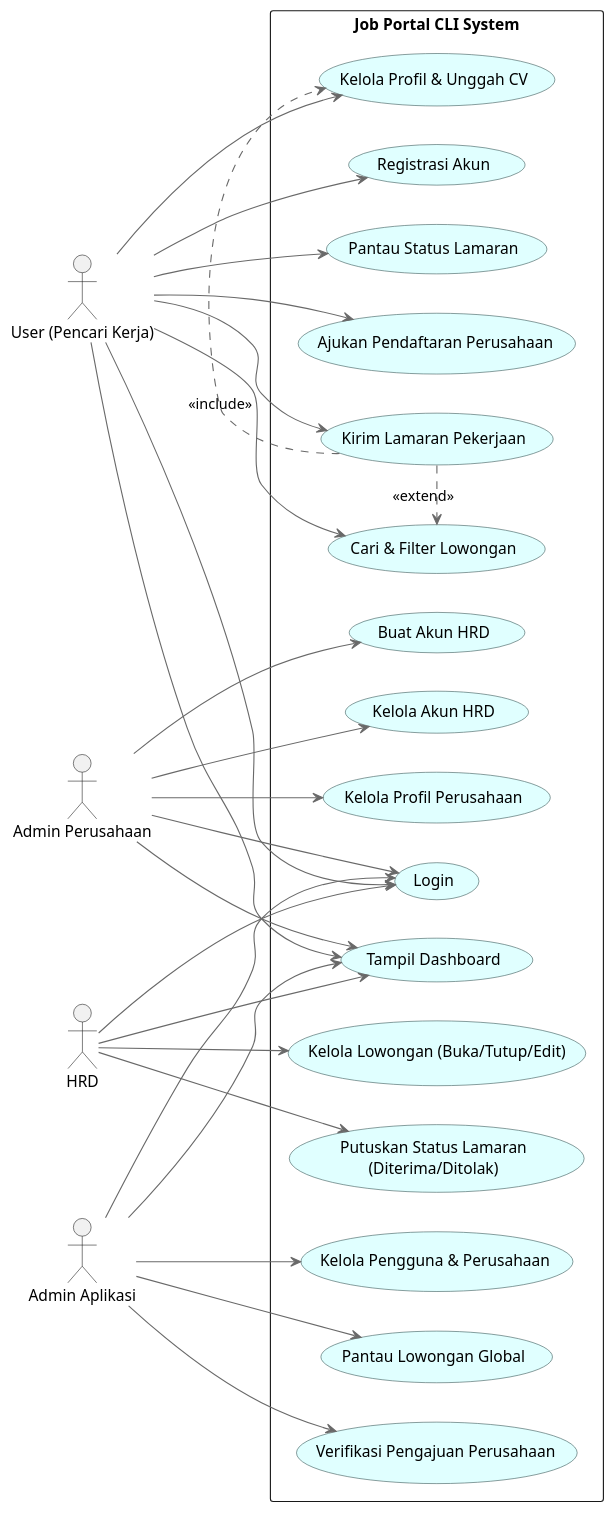
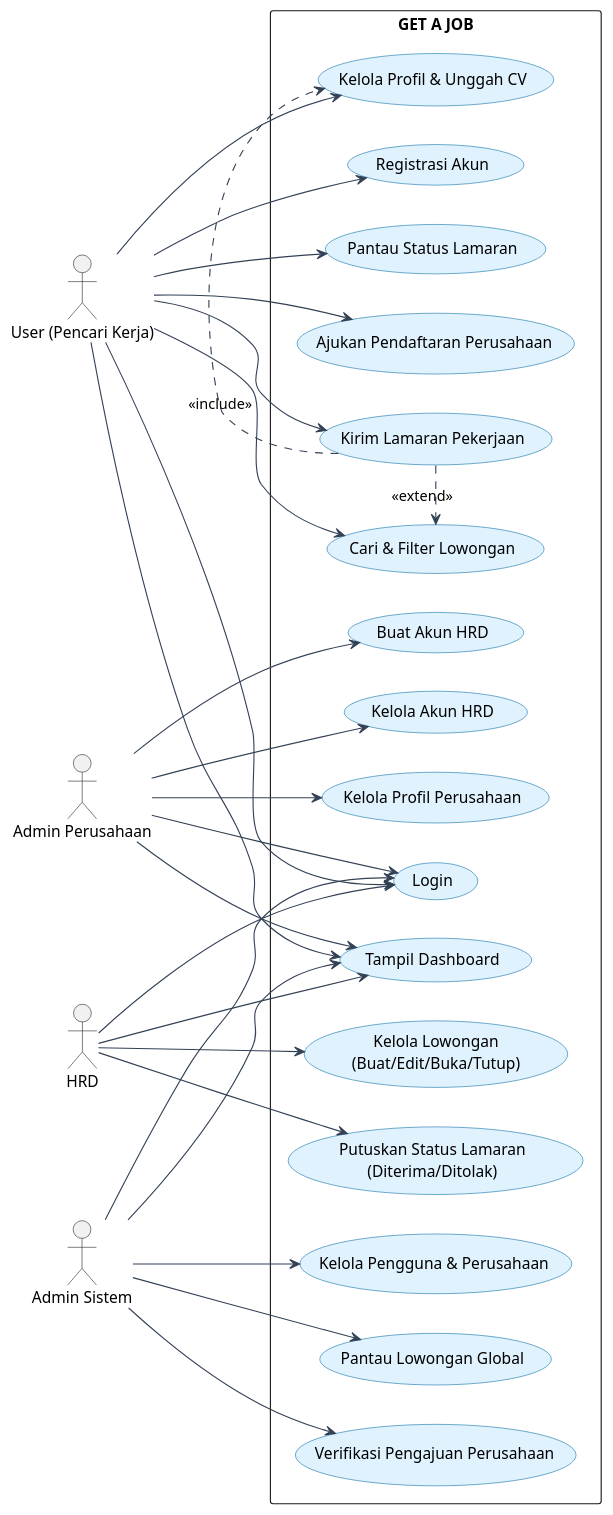
One commit to Orchid123-rgb/oop-loker changed the diagram in assets/useCase.md. Above: the diagram before and after it, drawn with PlantUML. The commit also changed other lines of this file, not shown here.

````diff
--- a/assets/useCase.md
+++ b/assets/useCase.md
@@ -59,42 +57,50 @@
-```plantUML
+```plantuml
 @startuml
 left to right direction
 skinparam packageStyle rectangle
+skinparam nodesep 35
+skinparam ranksep 60
+skinparam shadowing false
 skinparam usecase {
-    BackgroundColor LightCyan
-    BorderColor DarkSlateGray
-    ArrowColor DimGray
+    BackgroundColor #E0F2FE
+    BorderColor #0369A1
+    ArrowColor #334155
 }
 
 actor "User (Pencari Kerja)" as User
 actor "Admin Perusahaan" as AP
 actor "HRD" as HRD
-actor "Admin Aplikasi" as AA
+actor "Admin Sistem" as AS
 
-rectangle "Job Portal CLI System" {
+rectangle "GET A JOB" {
+    ' Use Case Autentikasi & Umum
     usecase "Registrasi Akun" as UC_Reg
     usecase "Login" as UC_Login
     usecase "Tampil Dashboard" as UC_Dash
 
-    usecase "Kelola Profil & Unggah CV" as UC_Profil
+    ' Use Case User (diurutkan agar panah include/extend tidak bertabrakan)
     usecase "Cari & Filter Lowongan" as UC_Cari
     usecase "Kirim Lamaran Pekerjaan" as UC_Lamar
+    usecase "Kelola Profil & Unggah CV" as UC_Profil
     usecase "Pantau Status Lamaran" as UC_Status
     usecase "Ajukan Pendaftaran Perusahaan" as UC_AjukanPT
 
+    ' Use Case Admin Perusahaan
     usecase "Kelola Profil Perusahaan" as UC_ProfilPT
     usecase "Buat Akun HRD" as UC_BuatHRD
     usecase "Kelola Akun HRD" as UC_KelolaHRD
 
-    usecase "Kelola Lowongan (Buka/Tutup/Edit)" as UC_KelolaLoker
+    ' Use Case HRD
+    usecase "Kelola Lowongan\n(Buat/Edit/Buka/Tutup)" as UC_KelolaLoker
     usecase "Putuskan Status Lamaran\n(Diterima/Ditolak)" as UC_Putuskan
 
+    ' Use Case Admin Sistem
     usecase "Verifikasi Pengajuan Perusahaan" as UC_VerifPT
     usecase "Kelola Pengguna & Perusahaan" as UC_KelolaSistem
     usecase "Pantau Lowongan Global" as UC_PantauLoker
 }
 
-' Relasi Login dan Dashboard untuk semua aktor
+' Relasi Umum (Login & Dashboard)
 User --> UC_Reg
 User --> UC_Login
 User --> UC_Dash
@@ -105,17 +111,17 @@
 HRD --> UC_Login
 HRD --> UC_Dash
 
-AA --> UC_Login
-AA --> UC_Dash
+AS --> UC_Login
+AS --> UC_Dash
 
-' Relasi User
-User --> UC_Profil
+' Relasi User (Pencari Kerja)
 User --> UC_Cari
 User --> UC_Lamar
+User --> UC_Profil
 User --> UC_Status
 User --> UC_AjukanPT
 
-' Relasi Include/Extend pada User
+' Relasi Include & Extend (Jalur langsung tanpa melewati oval lain)
 UC_Lamar .> UC_Cari : <<extend>>
 UC_Lamar .> UC_Profil : <<include>>
 
@@ -128,10 +134,10 @@
 HRD --> UC_KelolaLoker
 HRD --> UC_Putuskan
 
-' Relasi Admin Aplikasi
-AA --> UC_VerifPT
-AA --> UC_KelolaSistem
-AA --> UC_PantauLoker
+' Relasi Admin Sistem
+AS --> UC_VerifPT
+AS --> UC_KelolaSistem
+AS --> UC_PantauLoker
 
 @enduml
 ```
````
